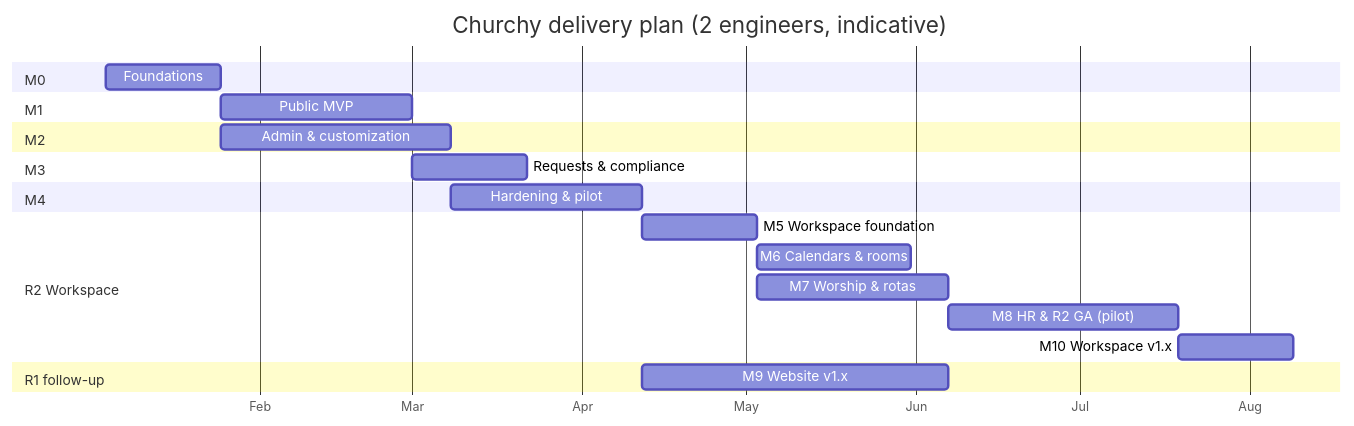
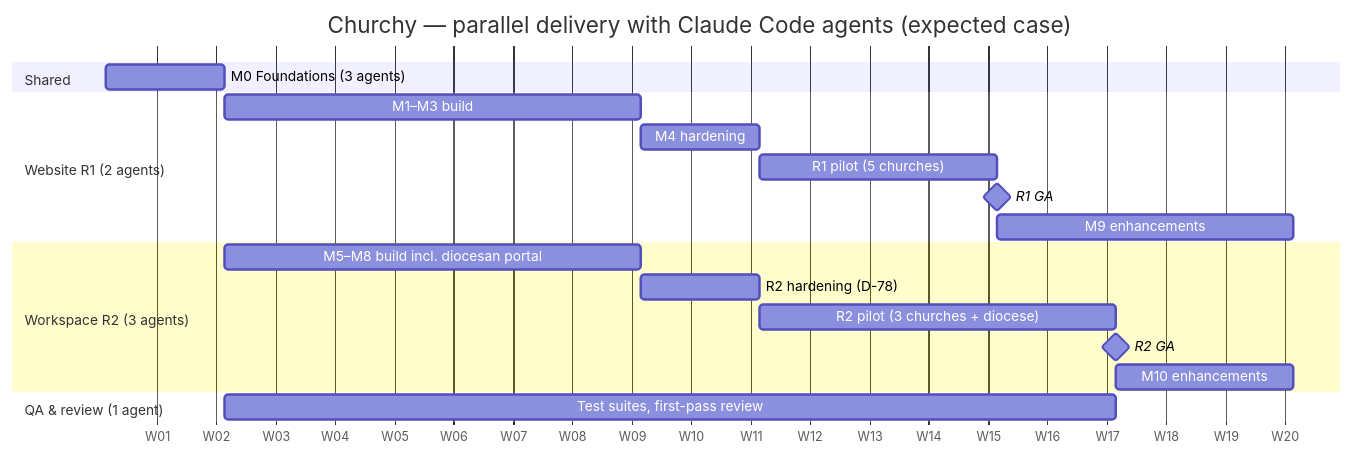
One commit to obviousmarcello/churchy changed the second of 2 diagrams in docs/03-DELIVERABLES.md. Above: the diagram before and after it, drawn with Mermaid. The commit also changed other lines of this file and 2 other files, not shown here.

First line of the commit message:
Plan parallel R1/R2 delivery with Claude Code agents; add diocesan HR portal

````diff
--- a/docs/03-DELIVERABLES.md
+++ b/docs/03-DELIVERABLES.md
@@ -56,24 +128,22 @@
 ```mermaid
 gantt
-    title Churchy delivery plan (2 engineers, indicative)
+    title Churchy — parallel delivery with Claude Code agents (expected case)
     dateFormat  YYYY-MM-DD
-    axisFormat  %b
-    section M0
-    Foundations           :m0, 2027-01-04, 3w
-    section M1
-    Public MVP            :m1, after m0, 5w
-    section M2
-    Admin & customization :m2, after m0, 6w
-    section M3
-    Requests & compliance :m3, after m1, 3w
-    section M4
-    Hardening & pilot     :m4, after m2, 5w
-    section R2 Workspace
-    M5 Workspace foundation :m5, after m4, 3w
-    M6 Calendars & rooms    :m6, after m5, 4w
-    M7 Worship & rotas      :m7, after m5, 5w
-    M8 HR & R2 GA (pilot)   :m8, after m7, 6w
-    M10 Workspace v1.x      :m10, after m8, 3w
-    section R1 follow-up
-    M9 Website v1.x         :m9, after m4, 8w
+    axisFormat  W%W
+    section Shared
+    M0 Foundations (3 agents)          :m0, 2027-01-04, 2w
+    section Website R1 (2 agents)
+    M1–M3 build                        :w1, after m0, 7w
+    M4 hardening                       :w2, after w1, 2w
+    R1 pilot (5 churches)              :w3, after w2, 4w
+    R1 GA                              :milestone, after w3, 0d
+    M9 enhancements                    :w4, after w3, 5w
+    section Workspace R2 (3 agents)
+    M5–M8 build incl. diocesan portal  :r1, after m0, 7w
+    R2 hardening (D-78)                :r2, after r1, 2w
+    R2 pilot (3 churches + diocese)    :r3, after r2, 6w
+    R2 GA                              :milestone, after r3, 0d
+    M10 enhancements                   :r4, after r3, 3w
+    section QA & review (1 agent)
+    Test suites, first-pass review     :q1, after m0, 15w
 ```
````
